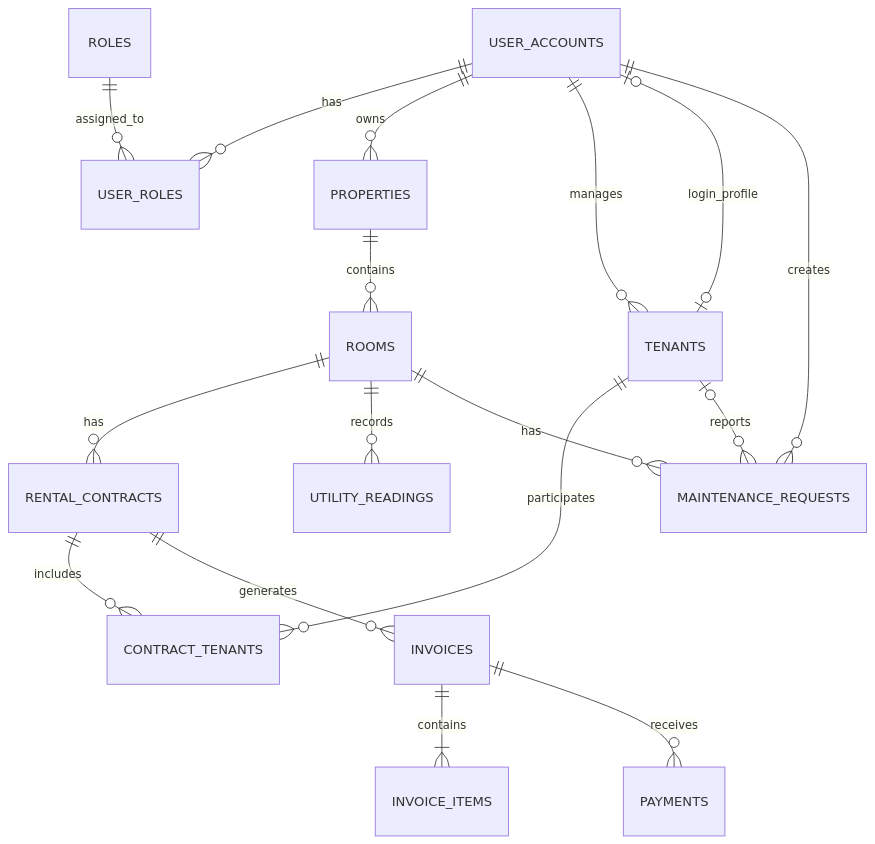
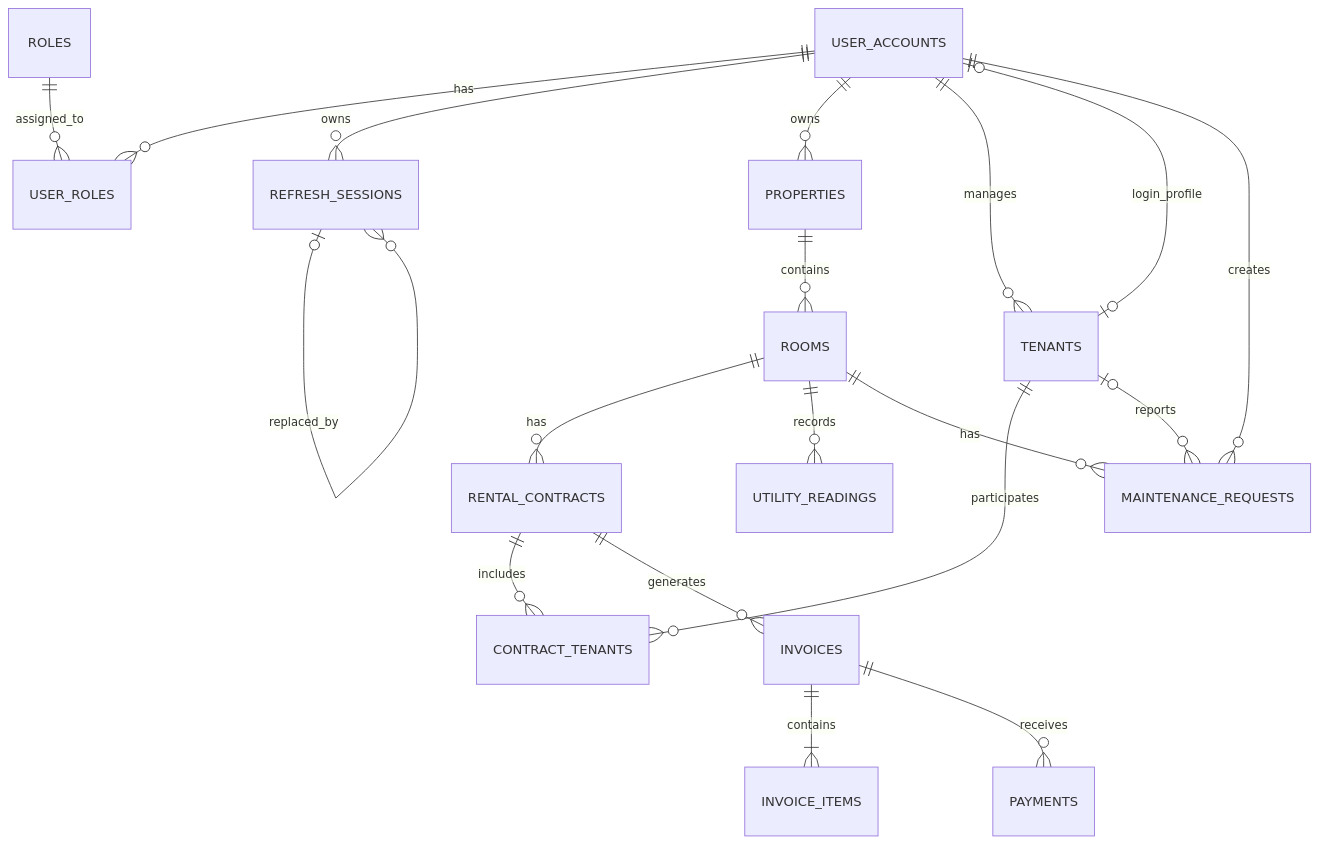
One commit to lamtb240228/rental-management changed the diagram in docs/database-schema.md. Above: the diagram before and after it, drawn with Mermaid. The commit also changed other lines of this file and 44 other files, not shown here.

Commit message:
feat(auth): add rotating refresh sessions

````diff
--- a/docs/database-schema.md
+++ b/docs/database-schema.md
@@ -2698,25 +2738,27 @@
 ```mermaid
 erDiagram
     USER_ACCOUNTS ||--o{ USER_ROLES : has
     ROLES ||--o{ USER_ROLES : assigned_to
+    USER_ACCOUNTS ||--o{ REFRESH_SESSIONS : owns
+    REFRESH_SESSIONS o|--o{ REFRESH_SESSIONS : replaced_by
 
     USER_ACCOUNTS ||--o{ PROPERTIES : owns
     USER_ACCOUNTS ||--o{ TENANTS : manages
     USER_ACCOUNTS o|--o| TENANTS : login_profile
 
     PROPERTIES ||--o{ ROOMS : contains
 
     ROOMS ||--o{ RENTAL_CONTRACTS : has
     RENTAL_CONTRACTS ||--o{ CONTRACT_TENANTS : includes
     TENANTS ||--o{ CONTRACT_TENANTS : participates
 
     ROOMS ||--o{ UTILITY_READINGS : records
 
     RENTAL_CONTRACTS ||--o{ INVOICES : generates
     INVOICES ||--|{ INVOICE_ITEMS : contains
     INVOICES ||--o{ PAYMENTS : receives
 
     ROOMS ||--o{ MAINTENANCE_REQUESTS : has
     TENANTS o|--o{ MAINTENANCE_REQUESTS : reports
     USER_ACCOUNTS ||--o{ MAINTENANCE_REQUESTS : creates
 ```
````
